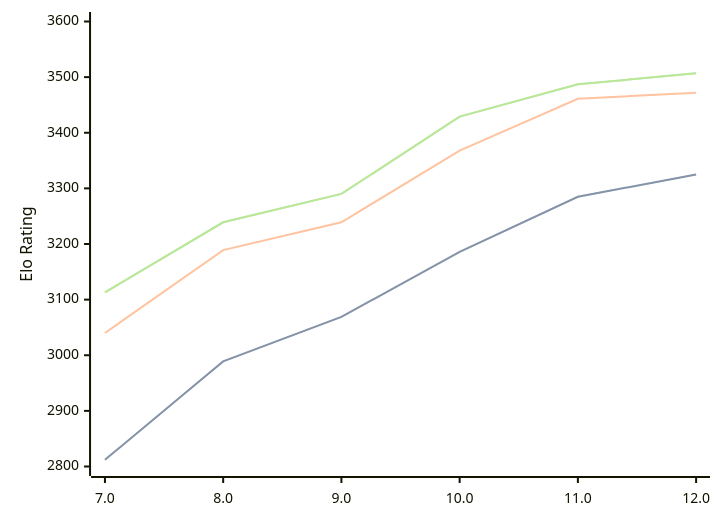
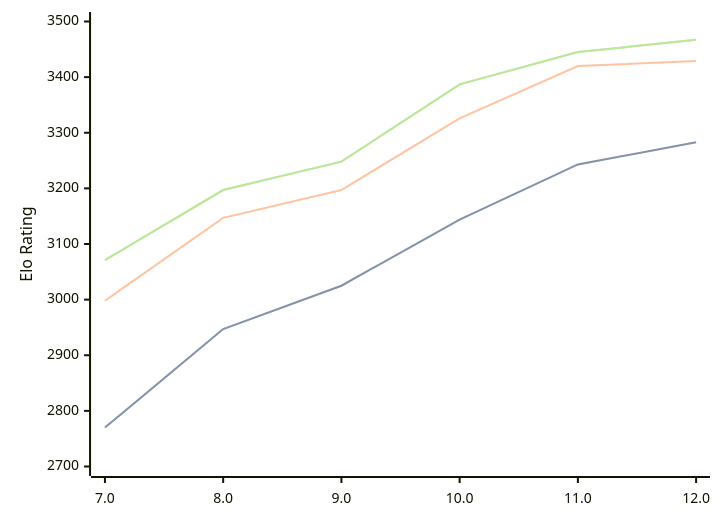
One commit to computer-chess-index/cci changed the diagram in engines/Tcheran.md. Above: the diagram before and after it, drawn with Mermaid. The commit also changed other lines of this file, not shown here.

Commit message:
Update CCI Ratings (ELO VLTC) - 2026-05-19

````diff
--- a/engines/Tcheran.md
+++ b/engines/Tcheran.md
@@ -50,11 +50,11 @@
 ```mermaid
 %%{init: {"theme":"base","themeVariables":{"seriesColors:['#a3a3a3','#222221','#faa371']}}}%%
 xychart-beta
   x-axis ["7.0", "8.0", "9.0", "10.0", "11.0", "12.0"]
-  y-axis "Elo Rating" 2800 --> 3600
-  line "STC (8.0+0.08s)" [2812, 2989, 3069, 3186, 3285, 3325]
-  line "STC (8.0+0.08s)" [2812, 2989, 3069, 3186, 3285, 3325]
-  line "LTC (60.0+0.60s)" [3040, 3189, 3239, 3368, 3461, 3472]
-  line "VLTC (2m24s+1.12s)" [3113, 3239, 3290, 3429, 3487, 3507]
-  line "VLTC (2m24s+1.12s)" [3113, 3239, 3290, 3429, 3487, 3507]
+  y-axis "Elo Rating" 2700 --> 3500
+  line "STC (8.0+0.08s)" [2770, 2947, 3025, 3144, 3243, 3283]
+  line "STC (8.0+0.08s)" [2770, 2947, 3025, 3144, 3243, 3283]
+  line "LTC (60.0+0.60s)" [2998, 3147, 3197, 3326, 3420, 3429]
+  line "VLTC (2m24s+1.12s)" [3071, 3197, 3248, 3387, 3445, 3467]
+  line "VLTC (2m24s+1.12s)" [3071, 3197, 3248, 3387, 3445, 3467]
 ```
````
